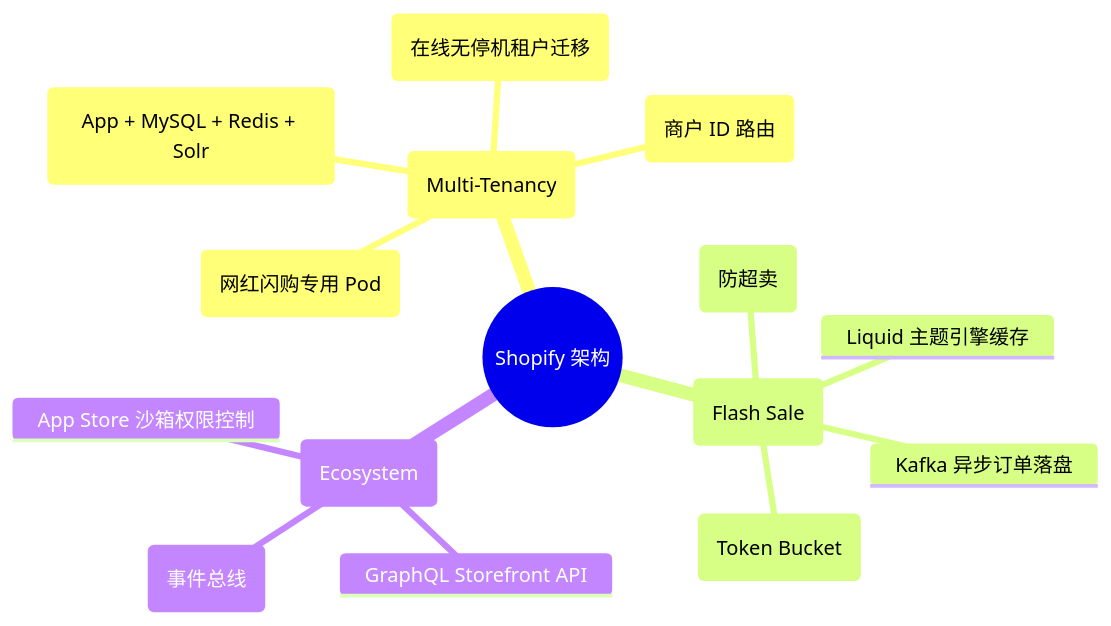
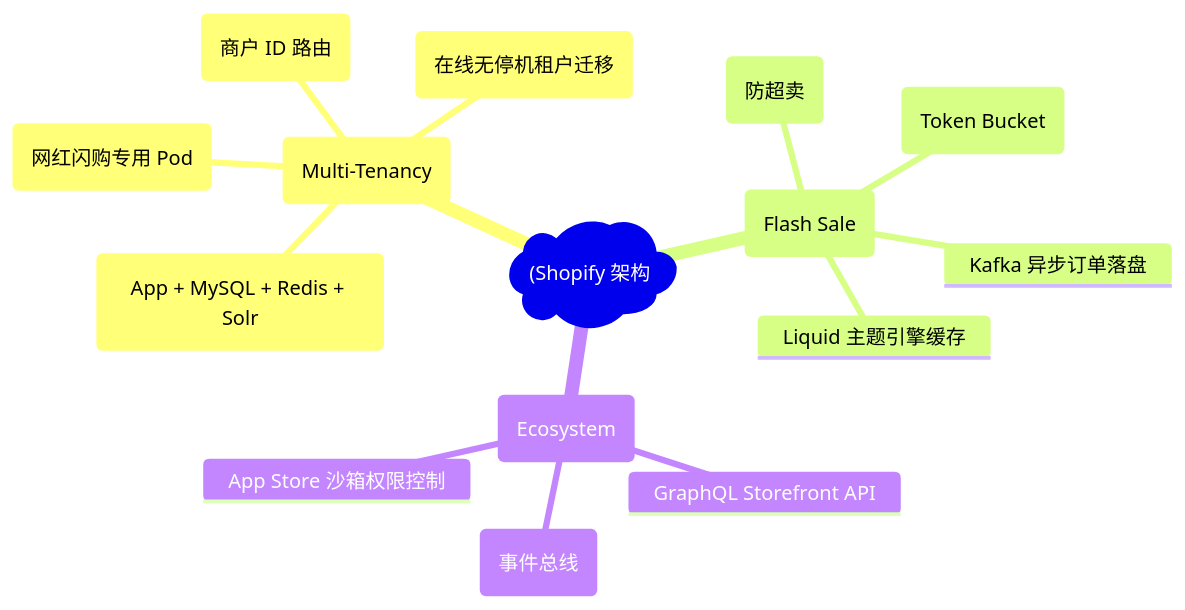
Before and after one commit to koosai/AI-Architect-Learning: the second of 7 diagrams in docs/atlas/shopify.mdx, drawn with Mermaid. The commit also changed other lines of this file and 187 other files, not shown here.

Commit message:
fix(mermaid): fix all unquoted parens and edge label syntax errors across all docs

````diff
--- a/docs/atlas/shopify.mdx
+++ b/docs/atlas/shopify.mdx
@@ -86,18 +86,18 @@
 ```mermaid
 mindmap
-  root((Shopify 架构))
+  root("(Shopify 架构"))
     多租户隔离 (Multi-Tenancy)
       Pod 物理隔离架构 (App + MySQL + Redis + Solr)
       Dedicated Pod (网红闪购专用 Pod)
       Live Pod Migration (在线无停机租户迁移)
       Smart Edge Router (商户 ID 路由)
     闪购秒杀与高并发 (Flash Sale)
       Redis + Lua 脚本原子预扣减 (防超卖)
       Kafka 异步订单落盘
       API Gateway 令牌桶限流 (Token Bucket)
       Liquid 主题引擎缓存
     开放生态与扩展 (Ecosystem)
       GraphQL Storefront API
       Webhook Event Bridge (事件总线)
       App Store 沙箱权限控制
 ```
````
